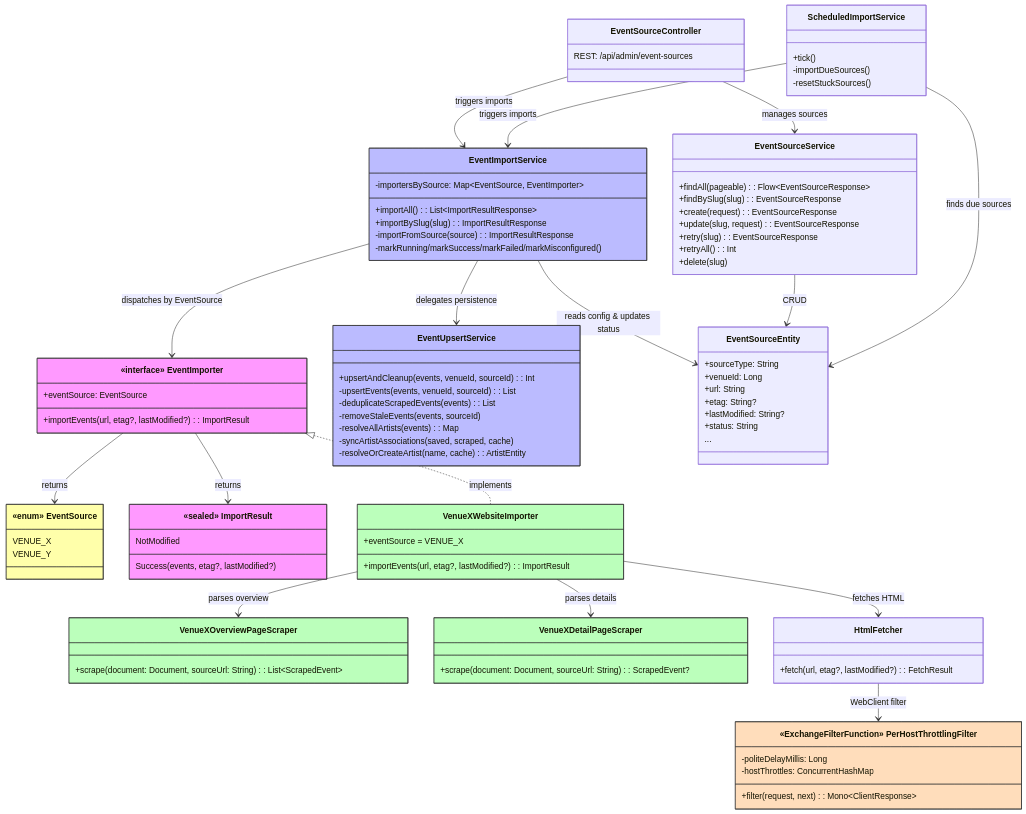
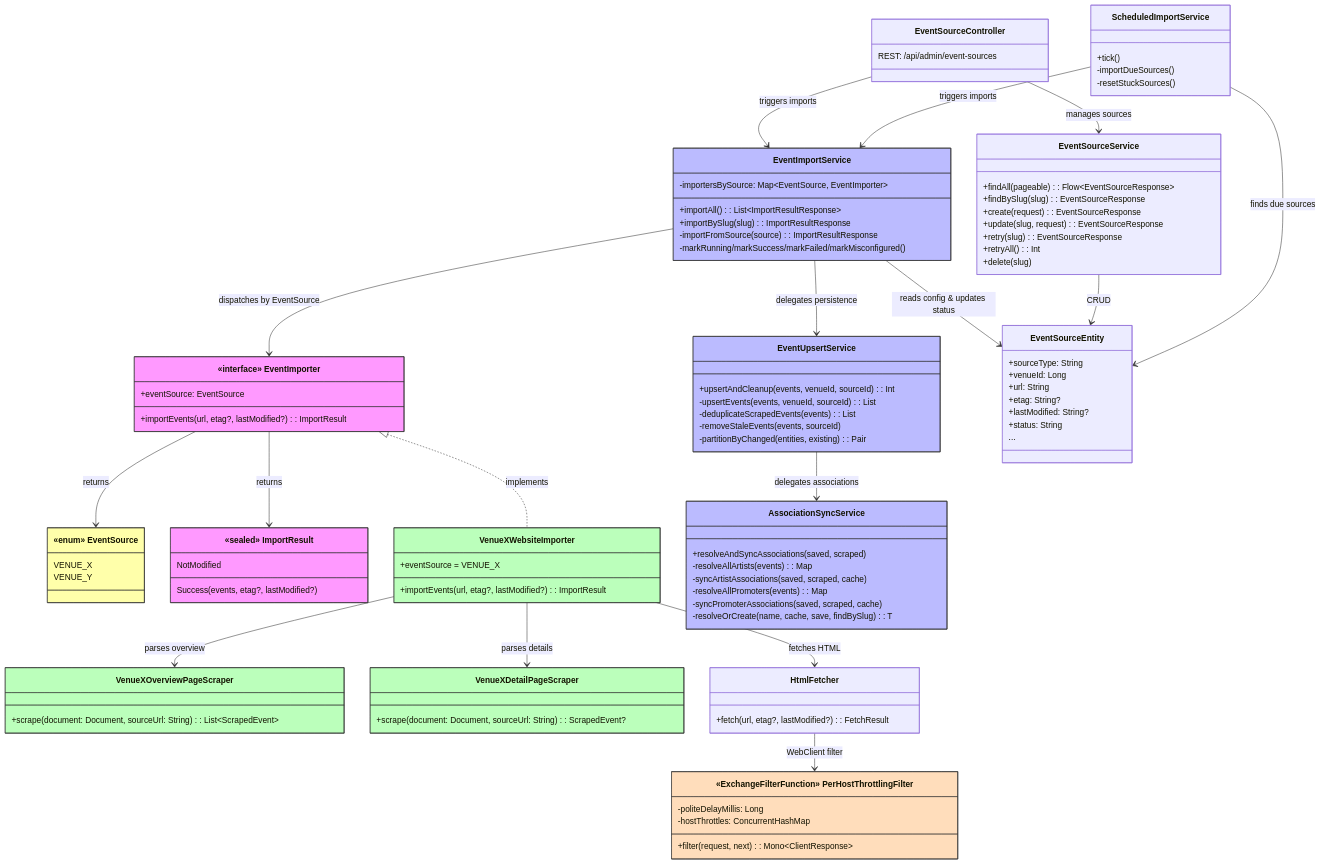
Before and after one commit to enorm-labs/event-checker: the diagram in docs/adr/ADR-007_WEB_SCRAPING_STRATEGY.md, drawn with Mermaid. The commit also changed other lines of this file and 56 other files, not shown here.

```diff
--- a/docs/adr/ADR-007_WEB_SCRAPING_STRATEGY.md
+++ b/docs/adr/ADR-007_WEB_SCRAPING_STRATEGY.md
@@ -118,9 +118,16 @@
         -upsertEvents(events, venueId, sourceId): List
         -deduplicateScrapedEvents(events): List
         -removeStaleEvents(events, sourceId)
+        -partitionByChanged(entities, existing): Pair
+    }
+
+    class AssociationSyncService {
+        +resolveAndSyncAssociations(saved, scraped)
         -resolveAllArtists(events): Map
         -syncArtistAssociations(saved, scraped, cache)
-        -resolveOrCreateArtist(name, cache): ArtistEntity
+        -resolveAllPromoters(events): Map
+        -syncPromoterAssociations(saved, scraped, cache)
+        -resolveOrCreate(name, cache, save, findBySlug): T
     }
 
     class EventSourceService {
@@ -163,6 +170,7 @@
     EventImportService --> EventImporterInterface: dispatches by EventSource
     EventImportService --> EventSourceEntity: reads config & updates status
     EventImportService --> EventUpsertService: delegates persistence
+    EventUpsertService --> AssociationSyncService: delegates associations
     EventSourceService --> EventSourceEntity: CRUD
     EventSourceController --> EventImportService: triggers imports
     EventSourceController --> EventSourceService: manages sources
@@ -173,6 +181,7 @@
     style ImportResult fill: #f9f, stroke: #333
     style EventImportService fill: #bbf, stroke: #333
     style EventUpsertService fill: #bbf, stroke: #333
+    style AssociationSyncService fill: #bbf, stroke: #333
     style ConcreteWebsiteImporter fill: #bfb, stroke: #333
     style ConcreteOverviewScraper fill: #bfb, stroke: #333
     style ConcreteDetailScraper fill: #bfb, stroke: #333
```
